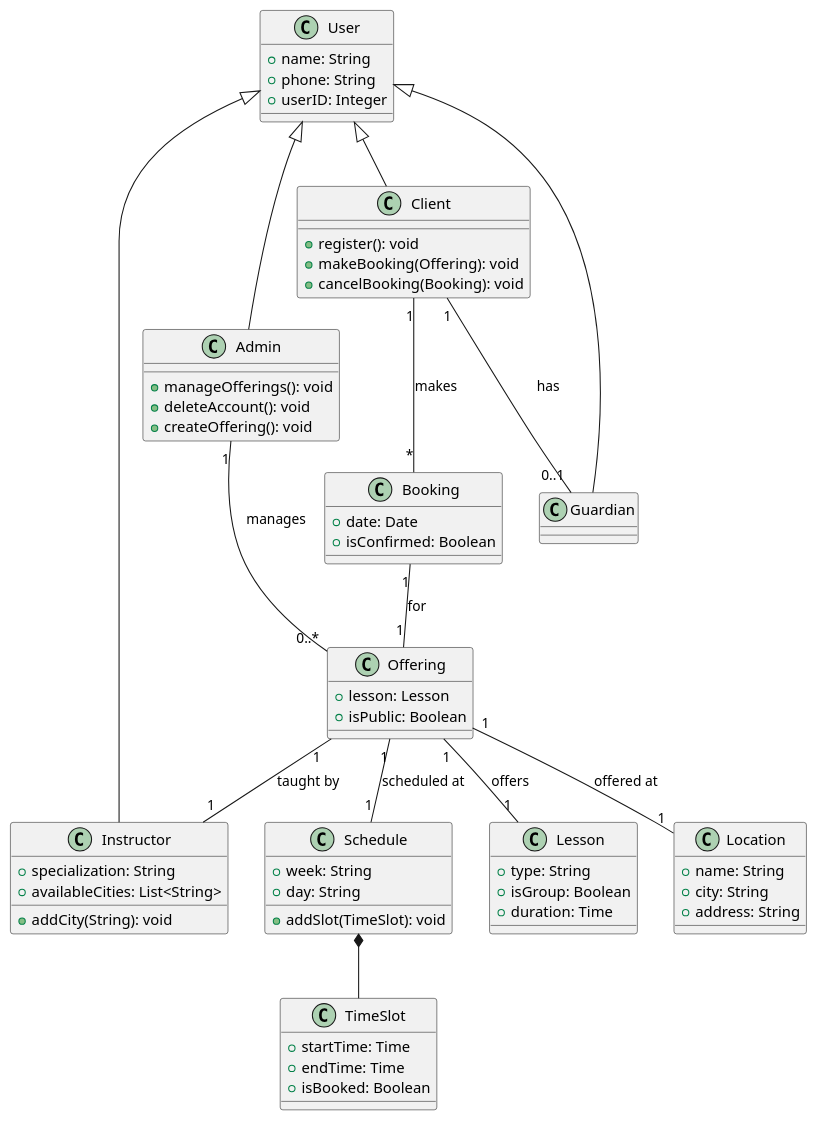
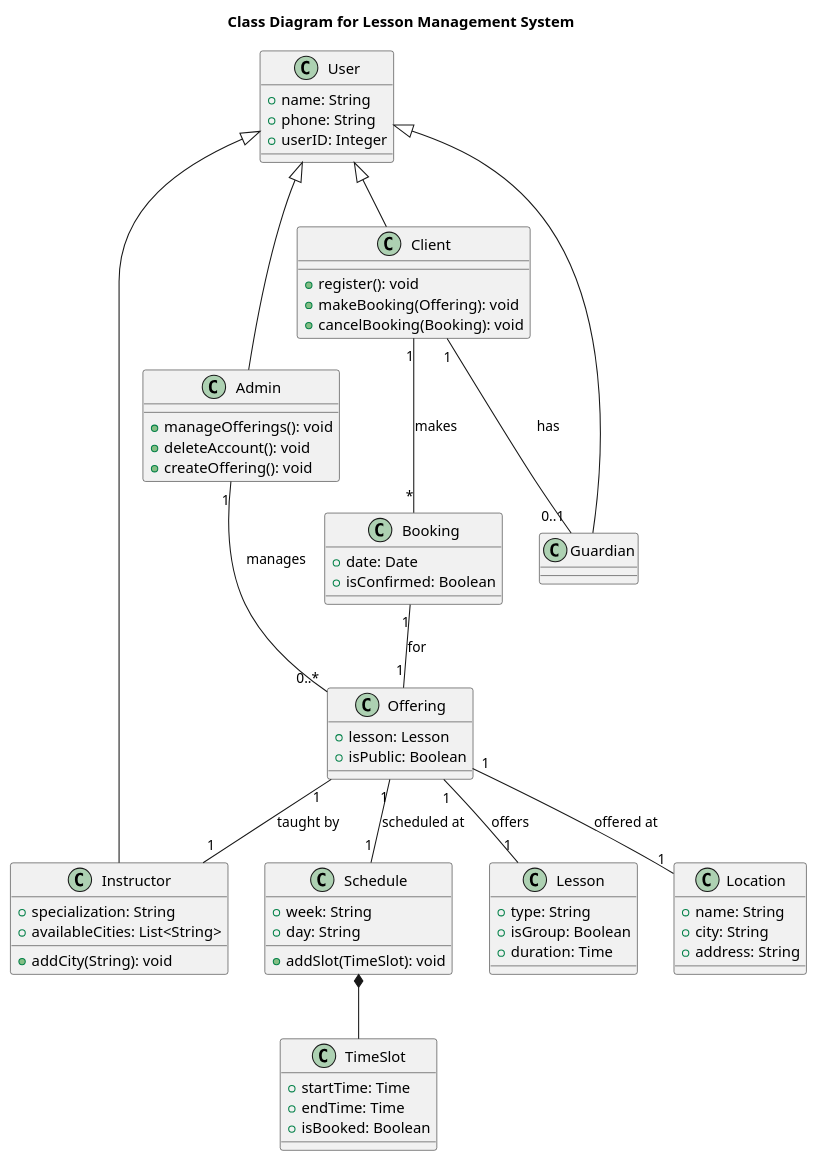
The diagram in diagrams/src/classdiagram.pu (NathanGrenier/SOEN-342-Project), drawn with PlantUML before and after one commit.

Commit message:
added title

```diff
--- a/diagrams/src/classdiagram.pu
+++ b/diagrams/src/classdiagram.pu
@@ -2,78 +2,79 @@
-@startuml
+@startuml {The name of the diagram}
+title Class Diagram for Lesson Management System
 
 class User {
     + name: String
     + phone: String
     + userID: Integer
 }
 class Location {
     + name: String
     + city: String
     + address: String
 }
 
 class Schedule {
     + week: String
     + day: String
     + addSlot(TimeSlot): void
 }
 
 class TimeSlot {
     + startTime: Time
     + endTime: Time
     + isBooked: Boolean
 }
 
 class Lesson {
     + type: String
     + isGroup: Boolean
     + duration: Time
 }
 
 class Instructor {
     + specialization: String
     + availableCities: List<String>
     + addCity(String): void
 }
 
 class Offering {
     + lesson: Lesson
     + isPublic: Boolean
 }
 
 class Client {
     + register(): void
     + makeBooking(Offering): void
     + cancelBooking(Booking): void
 }
 
 class Booking {
     + date: Date
     + isConfirmed: Boolean
 }
 
 class Admin {
     + manageOfferings(): void
     + deleteAccount(): void
     + createOffering(): void
 }
 
 class Guardian {
 
 }
 
 Schedule *-- TimeSlot
 Offering "1" -- "1" Lesson : offers
 Offering "1" -- "1" Location : offered at
 Offering "1" -- "1" Schedule : scheduled at
 Offering "1" -- "1" Instructor : taught by
 Client "1" -- "*" Booking : makes
 Booking "1" -- "1" Offering : for
 Client "1" -- "0..1" Guardian : has
 User <|-- Guardian
 User <|-- Client
 User <|-- Instructor
 User <|-- Admin
 Admin "1" -- "0..*" Offering: manages
 
 @enduml
```
